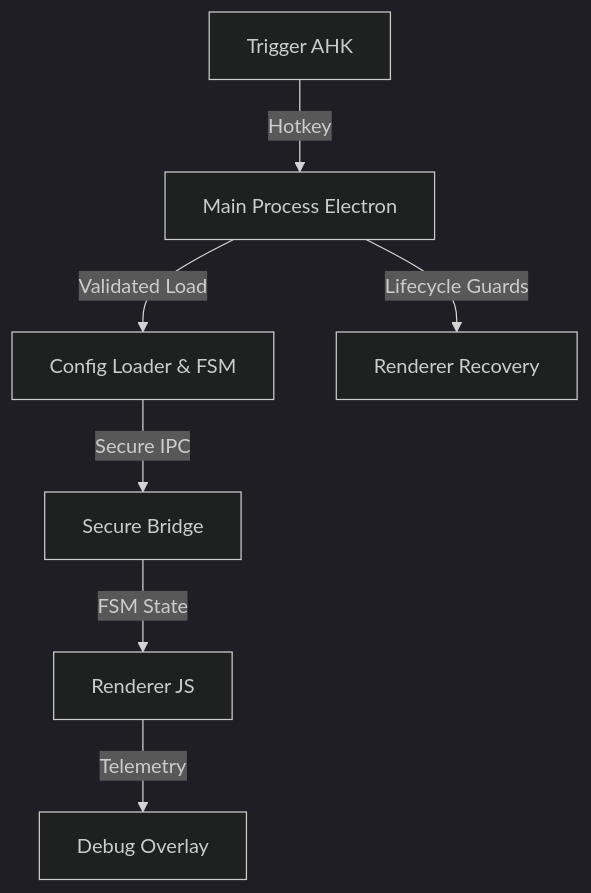
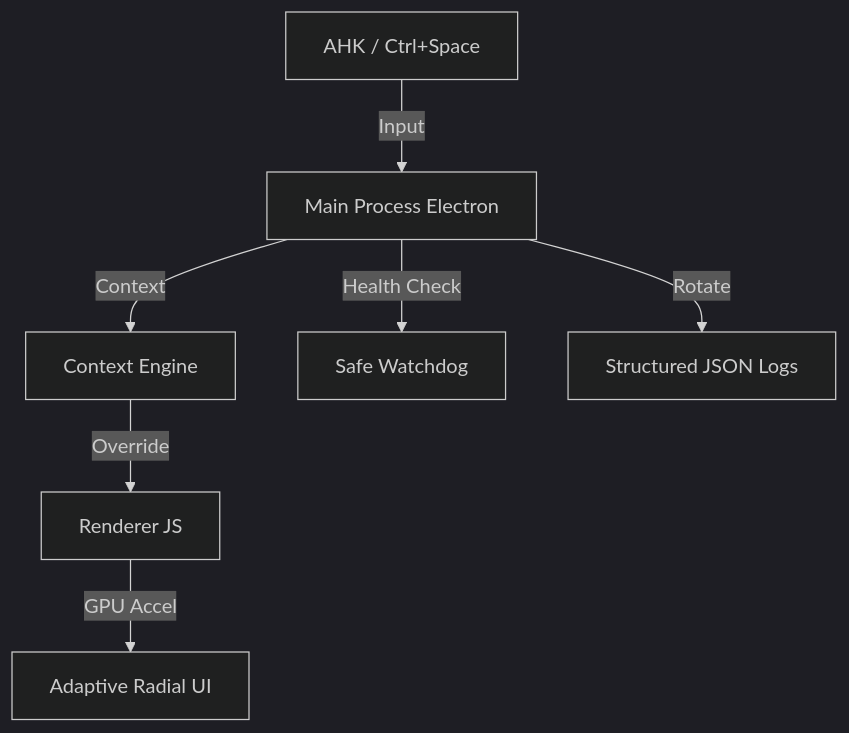
One commit to Harsha754-ml/Orbit changed the diagram in README.md. Above: the diagram before and after it, drawn with Mermaid (dark theme). The commit also changed other lines of this file and 12 other files, not shown here.

Commit message:
Orbit 2.0: Anti-Gravity Architecture Elevation

````diff
--- a/README.md
+++ b/README.md
@@ -24,9 +20,9 @@
 ```mermaid
 graph TD
-    Trigger[Trigger AHK] -->|Hotkey| Main[Main Process Electron]
-    Main -->|Validated Load| Config[Config Loader & FSM]
-    Main -->|Lifecycle Guards| Recovery[Renderer Recovery]
-    Config -->|Secure IPC| Preload[Secure Bridge]
-    Preload -->|FSM State| Renderer[Renderer JS]
-    Renderer -->|Telemetry| Debug[Debug Overlay]
+    Trigger[AHK / Ctrl+Space] -->|Input| Main[Main Process Electron]
+    Main -->|Context| CE[Context Engine]
+    CE -->|Override| Renderer[Renderer JS]
+    Main -->|Health Check| WD[Safe Watchdog]
+    Renderer -->|GPU Accel| UI[Adaptive Radial UI]
+    Main -->|Rotate| Logs[Structured JSON Logs]
 ```
````
